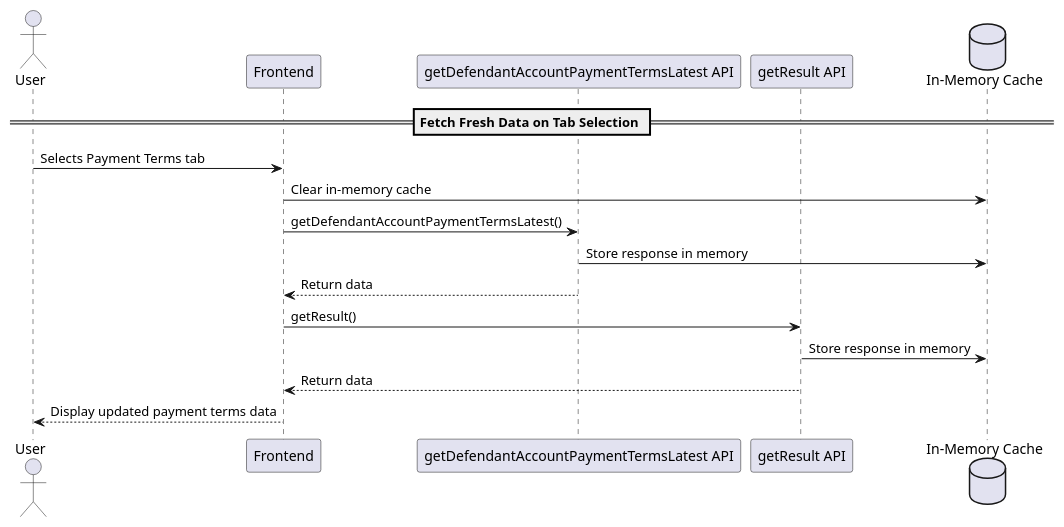
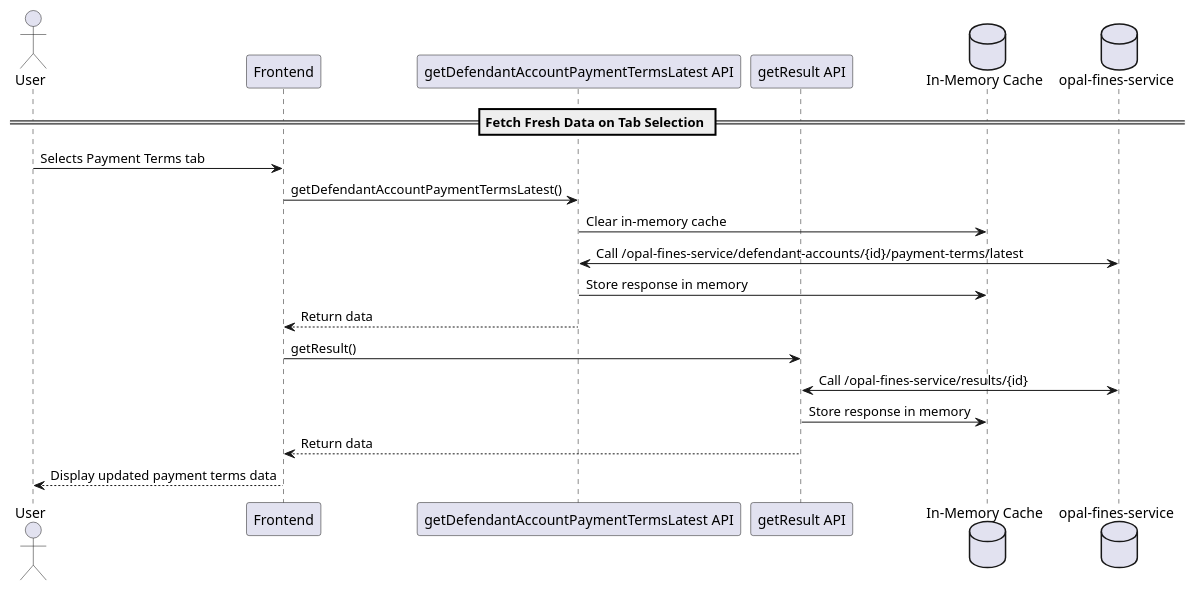
Before and after one commit to hmcts/opal-docs: the diagram in plantUML/fae-payment-terms/fae-payment-terms-tab-ui.puml, drawn with PlantUML. The commit also changed 6 other files, not shown here.

Commit message:
Refactor PlantUML diagrams to enhance clarity and consistency in API call and caching flows

```diff
--- a/plantUML/fae-payment-terms/fae-payment-terms-tab-ui.puml
+++ b/plantUML/fae-payment-terms/fae-payment-terms-tab-ui.puml
@@ -1,19 +1,22 @@
 @startuml
 actor User
 participant "Frontend" as Frontend
 participant "getDefendantAccountPaymentTermsLatest API" as API
 participant "getResult API" as API2
 database "In-Memory Cache" as Cache
+database "opal-fines-service" as Backend
 
 == Fetch Fresh Data on Tab Selection ==
 
 User -> Frontend : Selects Payment Terms tab
-Frontend -> Cache : Clear in-memory cache
 Frontend -> API : getDefendantAccountPaymentTermsLatest()
+API -> Cache : Clear in-memory cache
+API <-> Backend : Call /opal-fines-service/defendant-accounts/{id}/payment-terms/latest
 API -> Cache : Store response in memory
 API --> Frontend : Return data
 Frontend -> API2 : getResult()
+API2 <-> Backend : Call /opal-fines-service/results/{id}
 API2 -> Cache : Store response in memory
 API2 --> Frontend : Return data
 Frontend --> User : Display updated payment terms data
 @enduml
```
